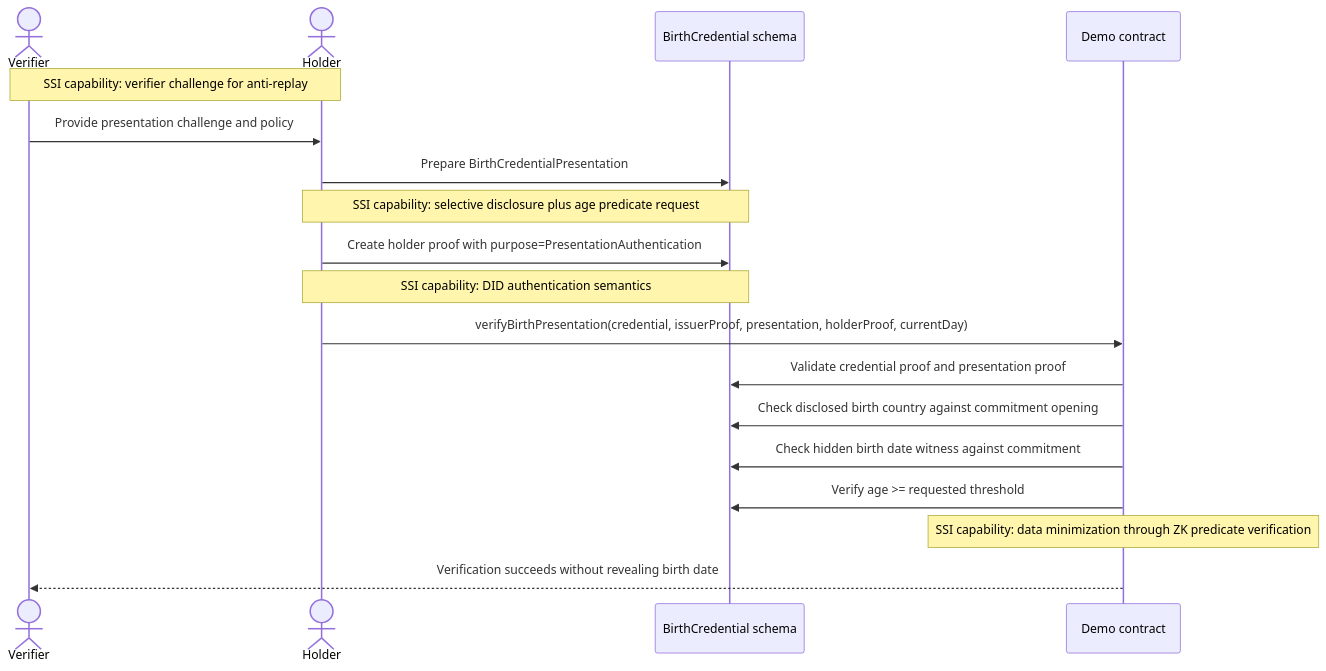
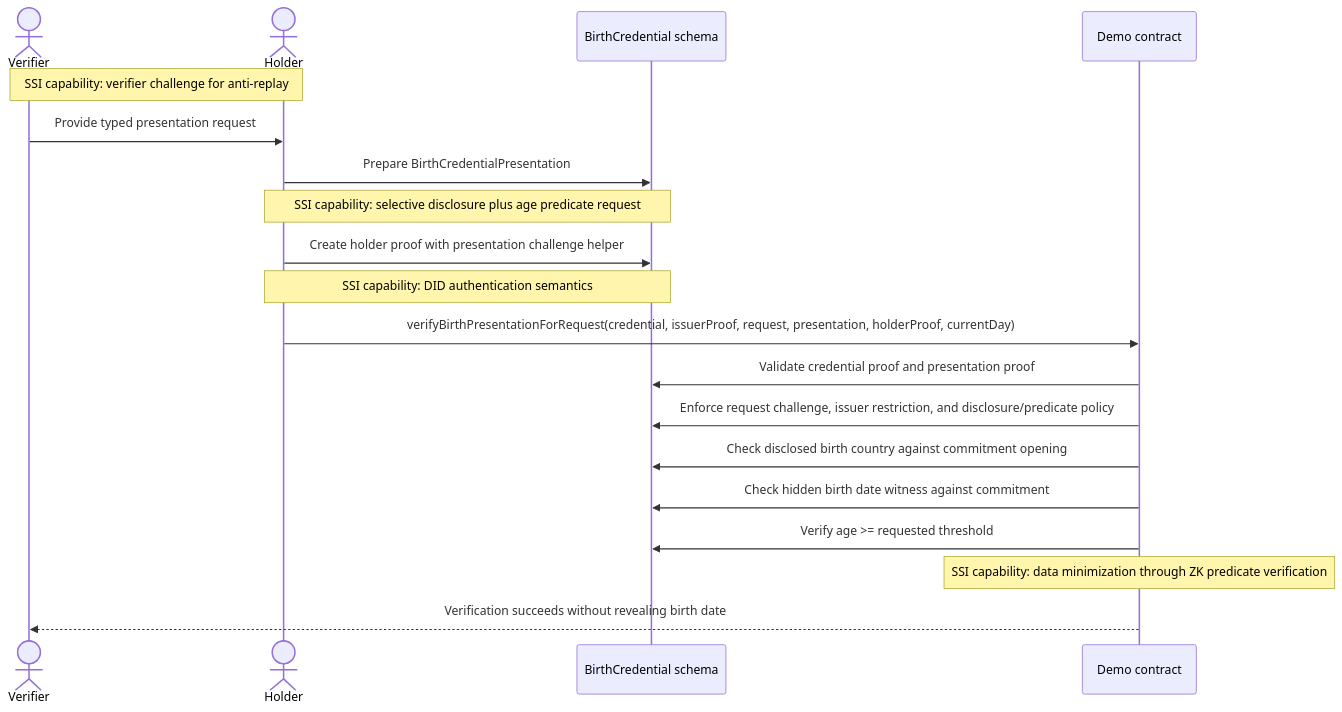
Before and after one commit to midnightntwrk/midnight-did: the second of 2 diagrams in research/midnight-vc-vp-frd-adr.md, drawn with Mermaid. The commit also changed other lines of this file and 24 other files, not shown here.

Commit message:
feat(credentials): add request-driven presentation prototype

````diff
--- a/research/midnight-vc-vp-frd-adr.md
+++ b/research/midnight-vc-vp-frd-adr.md
@@ -190,21 +354,22 @@
 ```mermaid
 sequenceDiagram
     actor Verifier
     actor Holder
     participant Schema as BirthCredential schema
     participant Contract as Demo contract
-
+    
     Note over Verifier,Holder: SSI capability: verifier challenge for anti-replay
-    Verifier->>Holder: Provide presentation challenge and policy
+    Verifier->>Holder: Provide typed presentation request
     Holder->>Schema: Prepare BirthCredentialPresentation
     Note over Holder,Schema: SSI capability: selective disclosure plus age predicate request
-    Holder->>Schema: Create holder proof with purpose=PresentationAuthentication
+    Holder->>Schema: Create holder proof with presentation challenge helper
     Note over Holder,Schema: SSI capability: DID authentication semantics
-    Holder->>Contract: verifyBirthPresentation(credential, issuerProof, presentation, holderProof, currentDay)
+    Holder->>Contract: verifyBirthPresentationForRequest(credential, issuerProof, request, presentation, holderProof, currentDay)
     Contract->>Schema: Validate credential proof and presentation proof
+    Contract->>Schema: Enforce request challenge, issuer restriction, and disclosure/predicate policy
     Contract->>Schema: Check disclosed birth country against commitment opening
     Contract->>Schema: Check hidden birth date witness against commitment
     Contract->>Schema: Verify age >= requested threshold
     Note over Contract: SSI capability: data minimization through ZK predicate verification
     Contract-->>Verifier: Verification succeeds without revealing birth date
 ```
````
